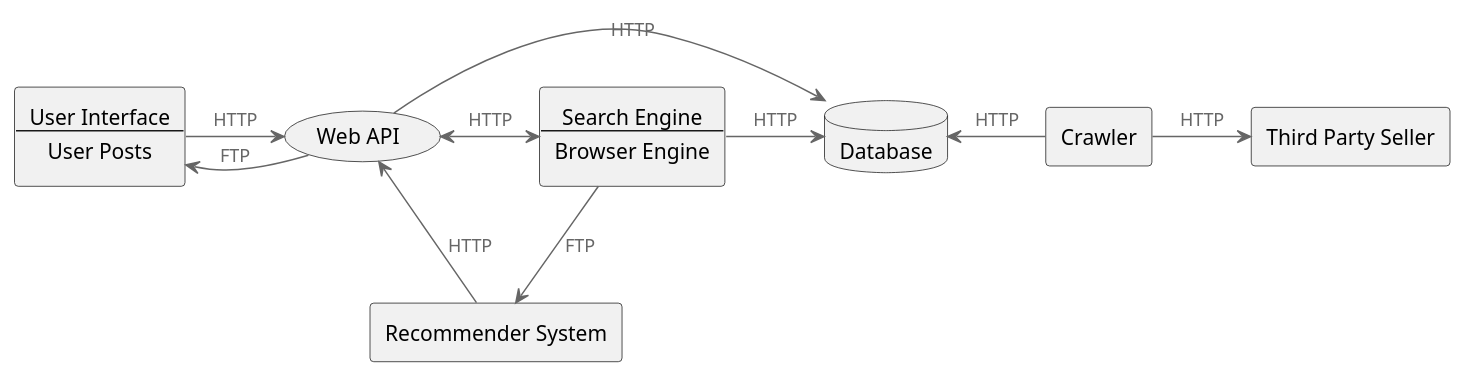
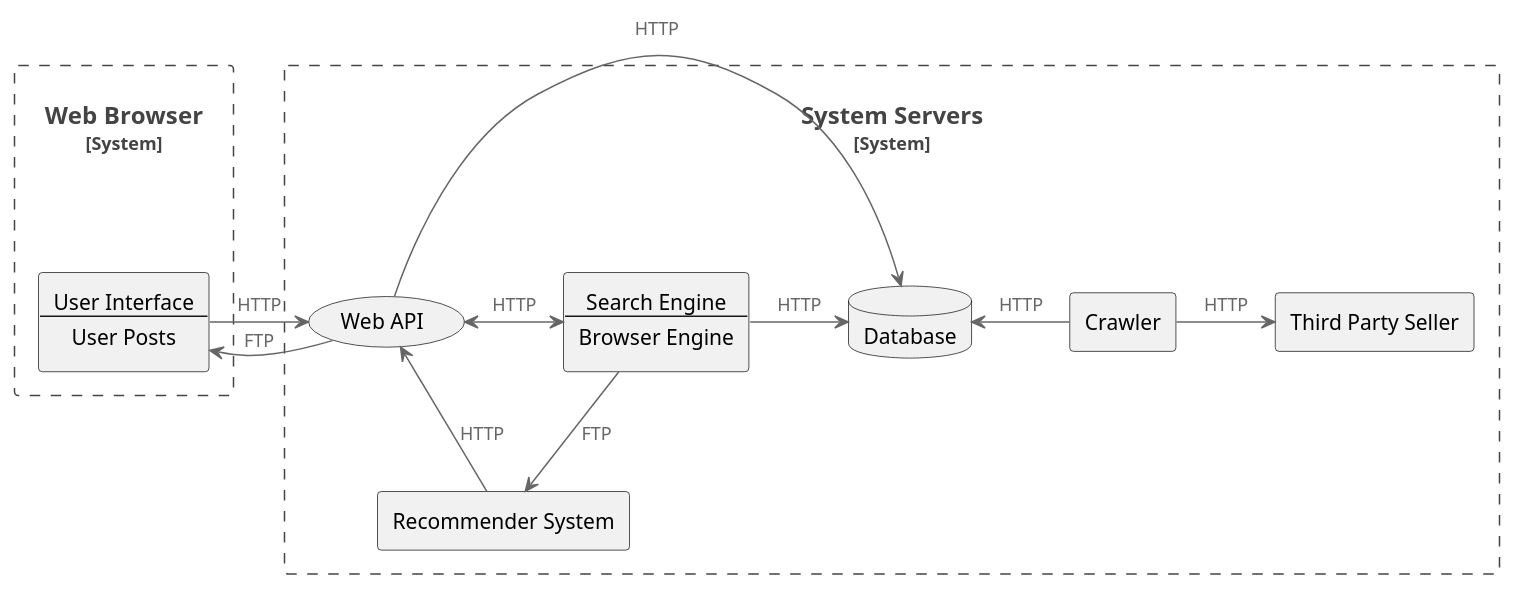
One commit to USI-MSDE-SA-2022/software-architecture-model-tommi27 changed the diagram in src/sa/model/deployment.puml. Above: the diagram before and after it, drawn with PlantUML.

Commit message:
deployment view fix

```diff
--- a/src/sa/model/deployment.puml
+++ b/src/sa/model/deployment.puml
@@ -1,34 +1,38 @@
 @startuml
 !include <C4/C4_Container>
 
+System_Boundary(b, "Web Browser") {
 rectangle UI [
 User Interface
 --
 User Posts
 ]
+}
 
+System_Boundary(c, "System Servers") {
 rectangle Engines [
 Search Engine
 --
 Browser Engine
 ]
 
 rectangle "Recommender System" as RS
 
 usecase "Web API" as API
 database Database as DB
 
 rectangle "Third Party Seller" as TPS
 rectangle Crawler
 
 UI -> API: HTTP
 UI <- API: FTP
 API -> DB: HTTP
 API <-> Engines: HTTP
 API <-- RS: HTTP
 Engines -> DB: HTTP
 DB <- Crawler: HTTP
 Engines -> RS: FTP
 Crawler -> TPS: HTTP
+}
 
 @enduml
```
